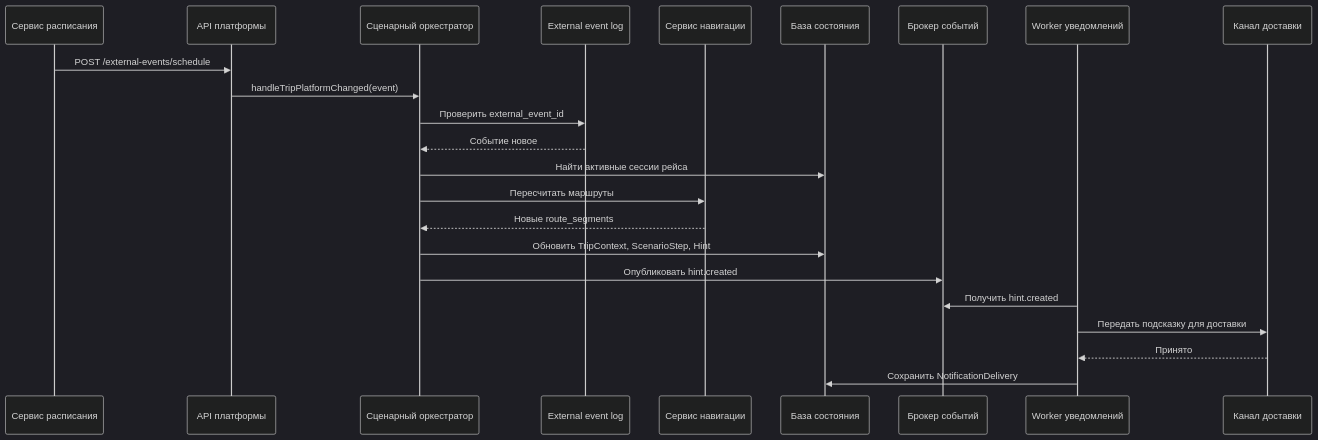
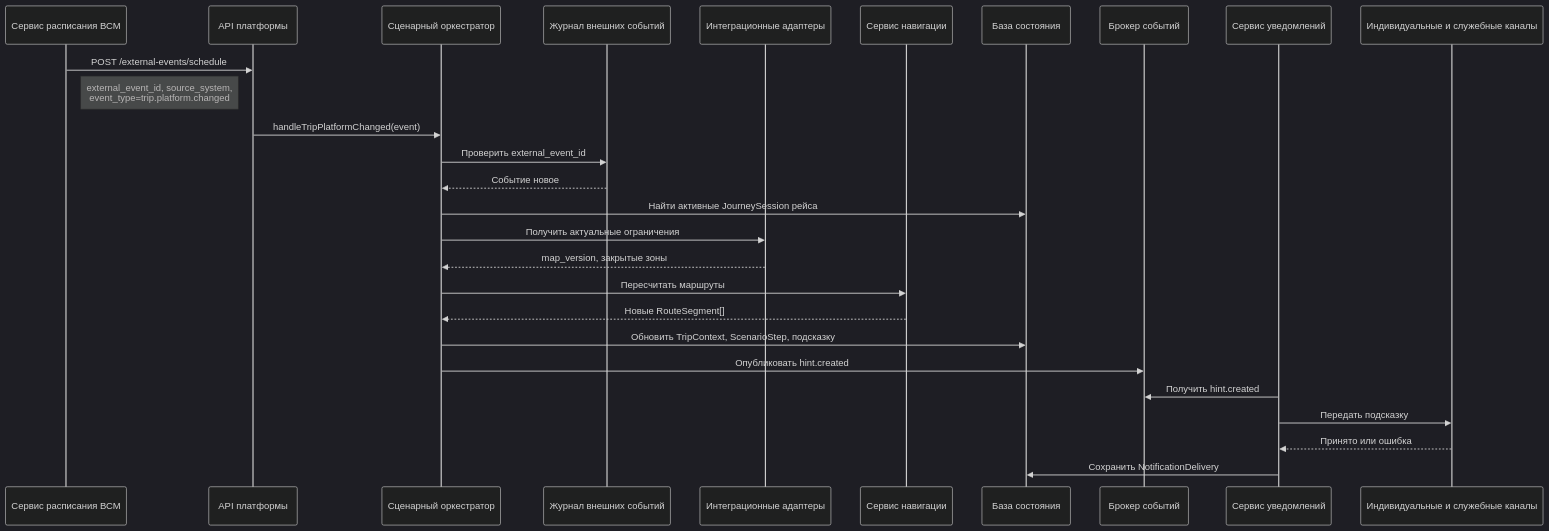
Before and after one commit to FlashgoKless/CW-for-dissertation: the second of 6 diagrams in 06-сценарии-и-потоки.md, drawn with Mermaid (dark theme). The commit also changed other lines of this file and 2 other files, not shown here.

Commit message:
docs: update architecture flows and data storage

````diff
--- a/06-сценарии-и-потоки.md
+++ b/06-сценарии-и-потоки.md
@@ -39,26 +55,30 @@
 ```mermaid
 sequenceDiagram
-    participant Schedule as Сервис расписания
+    participant Schedule as Сервис расписания ВСМ
     participant API as API платформы
     participant Orchestrator as Сценарный оркестратор
-    participant EventLog as External event log
+    participant EventLog as Журнал внешних событий
+    participant Adapters as Интеграционные адаптеры
     participant Navigation as Сервис навигации
     participant DB as База состояния
     participant Queue as Брокер событий
-    participant Worker as Worker уведомлений
-    participant Delivery as Канал доставки
+    participant Notification as Сервис уведомлений
+    participant Channels as Индивидуальные и служебные каналы
 
     Schedule->>API: POST /external-events/schedule
+    Note right of Schedule: external_event_id, source_system,<br/>event_type=trip.platform.changed
     API->>Orchestrator: handleTripPlatformChanged(event)
     Orchestrator->>EventLog: Проверить external_event_id
     EventLog-->>Orchestrator: Событие новое
-    Orchestrator->>DB: Найти активные сессии рейса
+    Orchestrator->>DB: Найти активные JourneySession рейса
+    Orchestrator->>Adapters: Получить актуальные ограничения
+    Adapters-->>Orchestrator: map_version, закрытые зоны
     Orchestrator->>Navigation: Пересчитать маршруты
-    Navigation-->>Orchestrator: Новые route_segments
-    Orchestrator->>DB: Обновить TripContext, ScenarioStep, Hint
+    Navigation-->>Orchestrator: Новые RouteSegment[]
+    Orchestrator->>DB: Обновить TripContext, ScenarioStep, подсказку
     Orchestrator->>Queue: Опубликовать hint.created
-    Worker->>Queue: Получить hint.created
-    Worker->>Delivery: Передать подсказку для доставки
-    Delivery-->>Worker: Принято
-    Worker->>DB: Сохранить NotificationDelivery
+    Notification->>Queue: Получить hint.created
+    Notification->>Channels: Передать подсказку
+    Channels-->>Notification: Принято или ошибка
+    Notification->>DB: Сохранить NotificationDelivery
 ```
````
